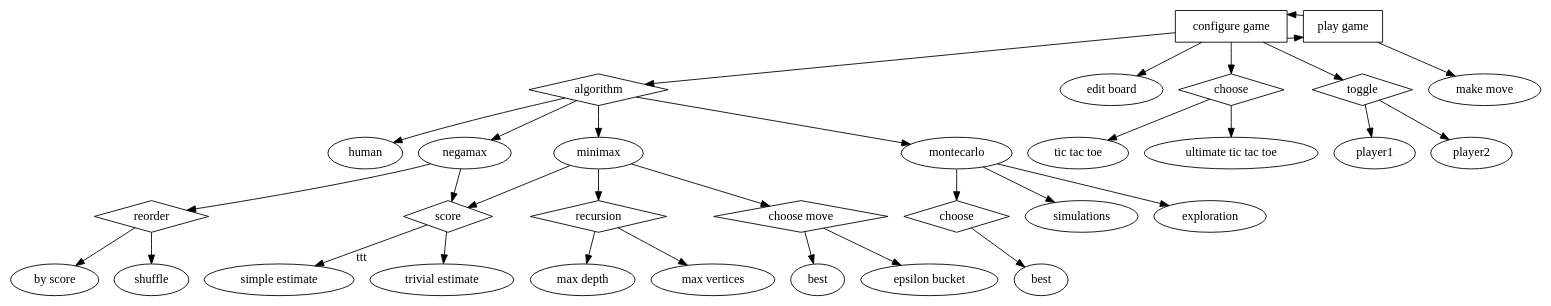
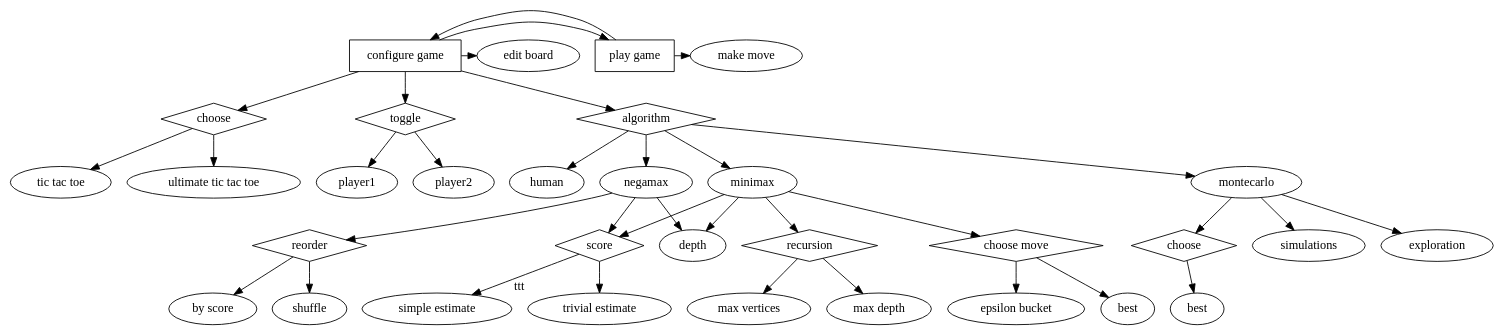
Before and after one commit to monadegmailcom/minimax: the diagram in ui.gv, drawn with Graphviz. The commit also changed 9 other files, not shown here.

Commit message:
integrated game play into gui

```diff
--- a/ui.gv
+++ b/ui.gv
@@ -1,28 +1,28 @@
 digraph ui {
     "game" [label = "configure game", shape = box]
-    "game" -> choose, choose2, algorithm, play_game, "edit board"
+    "game" -> "edit board", choose, choose2, algorithm, play_game
     choose [shape = diamond]
     choose -> "tic tac toe", "ultimate tic tac toe"
     choose2 [label = toggle, shape = diamond]
     choose2 -> "player1", "player2" 
     play_game [label = "play game", shape = box]
-    { rank = same; game, play_game }
     play_game -> game, "make move"
+    { rank = same; game, play_game, "edit board", "make move" }
     algorithm [label = algorithm, shape = diamond]
     algorithm -> human, minimax, negamax, montecarlo
     score [shape = diamond]
     recursion [shape = diamond]
     "choose move" [shape = diamond]
-    minimax -> score, recursion, "choose move"
+    minimax -> score, recursion, "choose move", depth
     recursion -> "max depth", "max vertices"
     "choose move" -> best, "epsilon bucket"
     score -> "trivial estimate", "simple estimate"
     "trivial estimate" [xlabel = ttt]
     reorder [shape = diamond]
     reorder -> shuffle, "by score"
-    negamax -> score, reorder
+    negamax -> score, reorder, depth
     mc_choose [label = choose, shape = diamond]
     montecarlo -> mc_choose, simulations, exploration
     mc_best [label = best]
     mc_choose -> mc_best
 }
```
